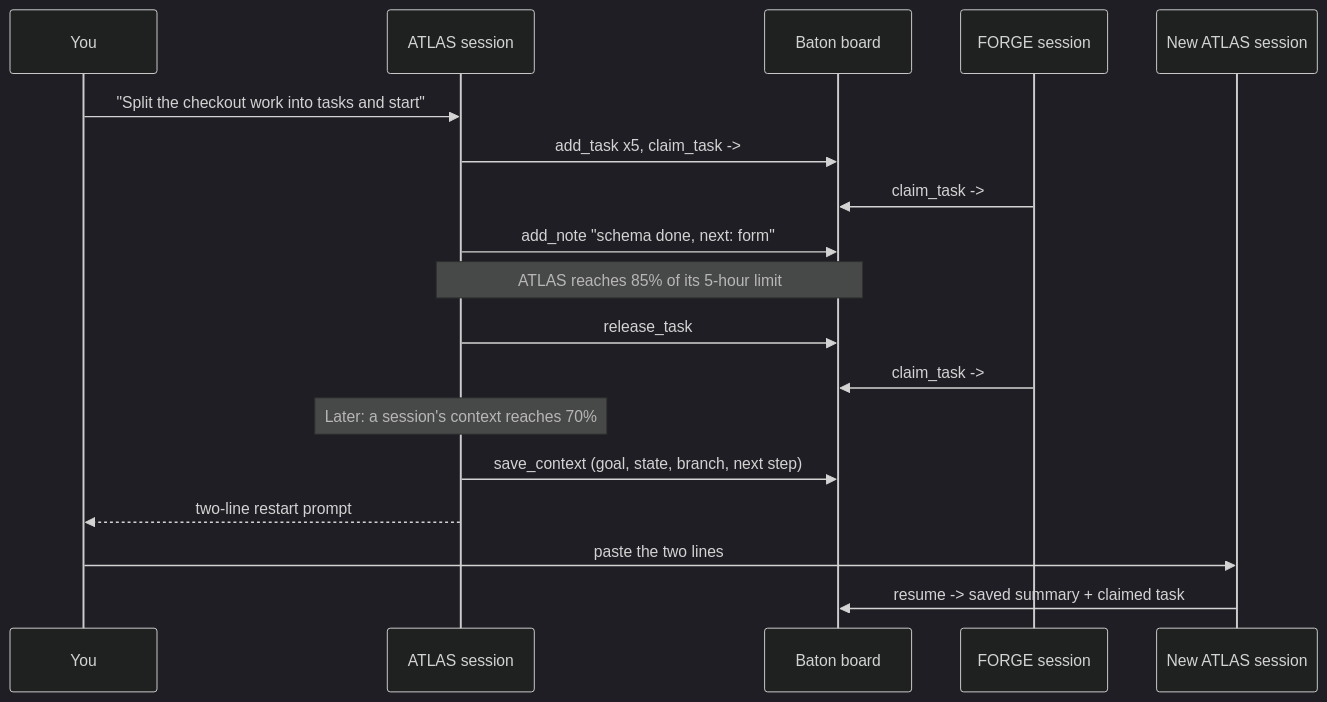
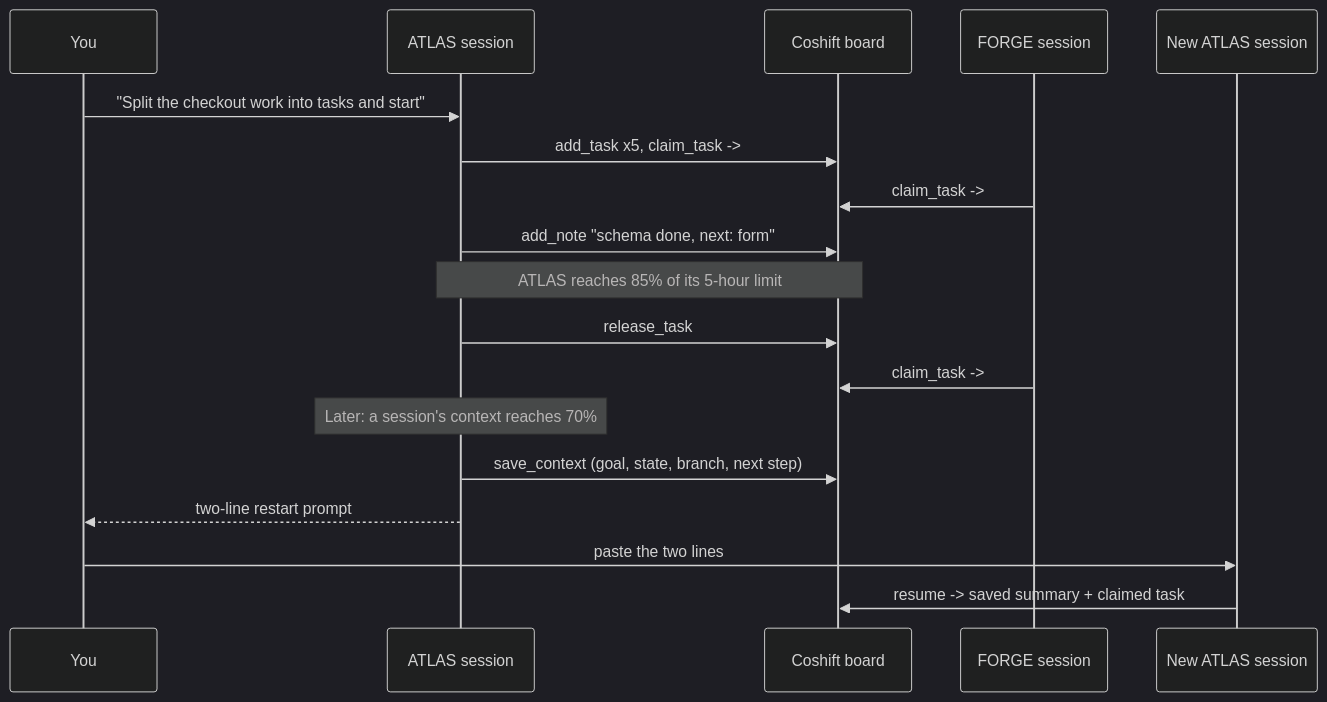
One commit to pgamerx/coshift changed the second of 2 diagrams in README.md. Above: the diagram before and after it, drawn with Mermaid (dark theme). The commit also changed other lines of this file and 19 other files, not shown here.

Commit message:
Rename Baton to Coshift

````diff
--- a/README.md
+++ b/README.md
@@ -53,20 +55,20 @@
 ```mermaid
 sequenceDiagram
     participant Y as You
     participant A as ATLAS session
-    participant B as Baton board
+    participant B as Coshift board
     participant F as FORGE session
     participant N as New ATLAS session
     Y->>A: "Split the checkout work into tasks and start"
     A->>B: add_task x5, claim_task -> #1
     F->>B: claim_task -> #2 (never the same task)
     A->>B: add_note "schema done, next: form"
     Note over A,B: ATLAS reaches 85% of its 5-hour limit
     A->>B: release_task #1 with a full handover
     F->>B: claim_task -> #1, with all its notes
     Note over A: Later: a session's context reaches 70%
     A->>B: save_context (goal, state, branch, next step)
     A-->>Y: two-line restart prompt
     Y->>N: paste the two lines
     N->>B: resume -> saved summary + claimed task
 ```
````
